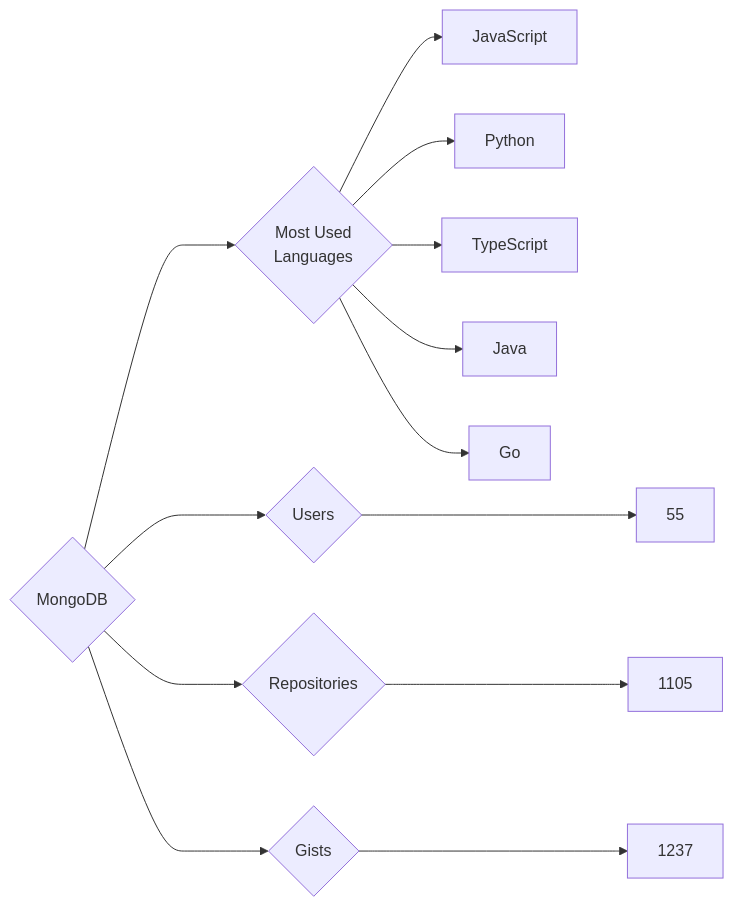
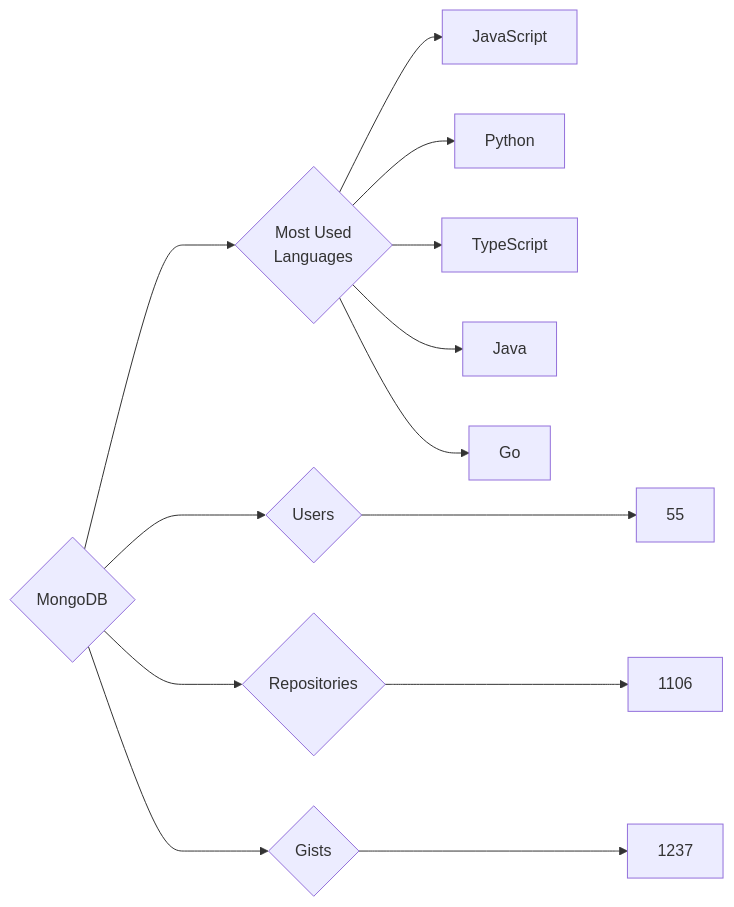
Before and after one commit to trickest/insiders: the diagram in targets/MongoDB/README.md, drawn with Mermaid. The commit also changed 799 other files, not shown here.

````diff
--- a/targets/MongoDB/README.md
+++ b/targets/MongoDB/README.md
@@ -3,13 +3,13 @@
 ```mermaid
 graph LR
 COMPANY_NAME{MongoDB}
 COMPANY_NAME ---> U{Users} ---> UN[55]
-COMPANY_NAME ---> R{Repositories} ---> RN[1105]
+COMPANY_NAME ---> R{Repositories} ---> RN[1106]
 COMPANY_NAME ---> G{Gists} ---> GN[1237]
 COMPANY_NAME ---> ML{Most Used<br>Languages}
 ML --> JavaScript[JavaScript]
 ML --> Python[Python]
 ML --> TypeScript[TypeScript]
 ML --> Java[Java]
 ML --> Go[Go]
 ```
````
